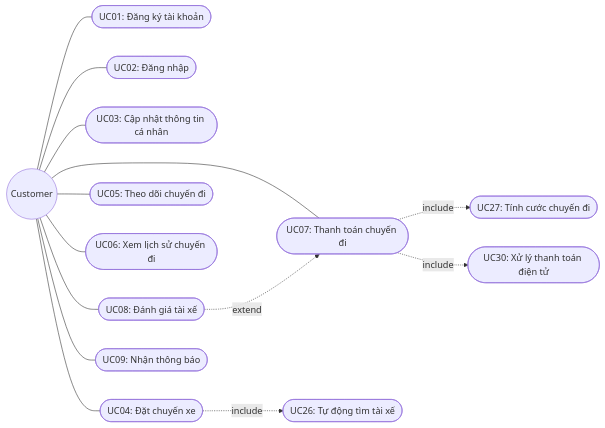
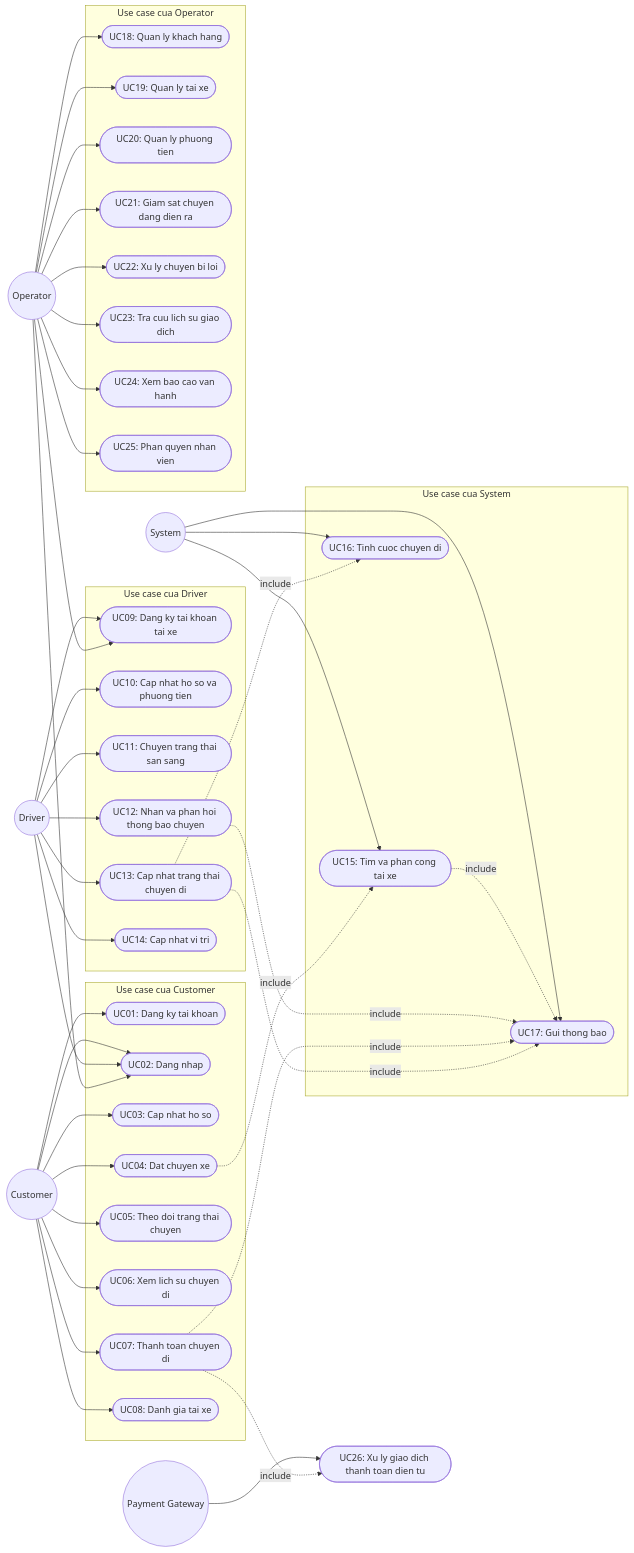
Before and after one commit to Kaitunn/23639951_DangTuanKhai_Cabsystem: the ninth of 9 diagrams in srs.md, drawn with Mermaid. The commit also changed other lines of this file, not shown here.

````diff
--- a/srs.md
+++ b/srs.md
@@ -787,19 +735,89 @@
 ```mermaid
 flowchart LR
     Customer((Customer))
+    Driver((Driver))
+    Operator((Operator))
+    SystemActor((System))
+    PaymentGW((Payment Gateway))
 
-    Customer --- UC01([UC01: Đăng ký tài khoản])
-    Customer --- UC02([UC02: Đăng nhập])
-    Customer --- UC03([UC03: Cập nhật thông tin cá nhân])
-    Customer --- UC04([UC04: Đặt chuyến xe])
-    Customer --- UC05([UC05: Theo dõi chuyến đi])
-    Customer --- UC06([UC06: Xem lịch sử chuyến đi])
-    Customer --- UC07([UC07: Thanh toán chuyến đi])
-    Customer --- UC08([UC08: Đánh giá tài xế])
-    Customer --- UC09([UC09: Nhận thông báo])
+    subgraph CustomerUC["Use case cua Customer"]
+        UC01([UC01: Dang ky tai khoan])
+        UC02([UC02: Dang nhap])
+        UC03([UC03: Cap nhat ho so])
+        UC04([UC04: Dat chuyen xe])
+        UC05([UC05: Theo doi trang thai chuyen])
+        UC06([UC06: Xem lich su chuyen di])
+        UC07([UC07: Thanh toan chuyen di])
+        UC08([UC08: Danh gia tai xe])
+    end
 
-    UC04 -.include.-> UC26([UC26: Tự động tìm tài xế])
-    UC07 -.include.-> UC27([UC27: Tính cước chuyến đi])
-    UC07 -.include.-> UC30([UC30: Xử lý thanh toán điện tử])
-    UC08 -.extend.-> UC07
+    subgraph DriverUC["Use case cua Driver"]
+        UC09([UC09: Dang ky tai khoan tai xe])
+        UC10([UC10: Cap nhat ho so va phuong tien])
+        UC11([UC11: Chuyen trang thai san sang])
+        UC12([UC12: Nhan va phan hoi thong bao chuyen])
+        UC13([UC13: Cap nhat trang thai chuyen di])
+        UC14([UC14: Cap nhat vi tri])
+    end
+
+    subgraph SystemUC["Use case cua System"]
+        UC15([UC15: Tim va phan cong tai xe])
+        UC16([UC16: Tinh cuoc chuyen di])
+        UC17([UC17: Gui thong bao])
+    end
+
+    subgraph OperatorUC["Use case cua Operator"]
+        UC18([UC18: Quan ly khach hang])
+        UC19([UC19: Quan ly tai xe])
+        UC20([UC20: Quan ly phuong tien])
+        UC21([UC21: Giam sat chuyen dang dien ra])
+        UC22([UC22: Xu ly chuyen bi loi])
+        UC23([UC23: Tra cuu lich su giao dich])
+        UC24([UC24: Xem bao cao van hanh])
+        UC25([UC25: Phan quyen nhan vien])
+    end
+
+    UC26([UC26: Xu ly giao dich thanh toan dien tu])
+
+    Customer --> UC01
+    Customer --> UC02
+    Customer --> UC03
+    Customer --> UC04
+    Customer --> UC05
+    Customer --> UC06
+    Customer --> UC07
+    Customer --> UC08
+
+    Driver --> UC02
+    Driver --> UC09
+    Driver --> UC10
+    Driver --> UC11
+    Driver --> UC12
+    Driver --> UC13
+    Driver --> UC14
+
+    Operator --> UC02
+    Operator --> UC09
+    Operator --> UC18
+    Operator --> UC19
+    Operator --> UC20
+    Operator --> UC21
+    Operator --> UC22
+    Operator --> UC23
+    Operator --> UC24
+    Operator --> UC25
+
+    SystemActor --> UC15
+    SystemActor --> UC16
+    SystemActor --> UC17
+
+    PaymentGW --> UC26
+
+    UC04 -.include.-> UC15
+    UC13 -.include.-> UC16
+    UC07 -.include.-> UC26
+    UC15 -.include.-> UC17
+    UC12 -.include.-> UC17
+    UC07 -.include.-> UC17
+    UC13 -.include.-> UC17
 ```
````
